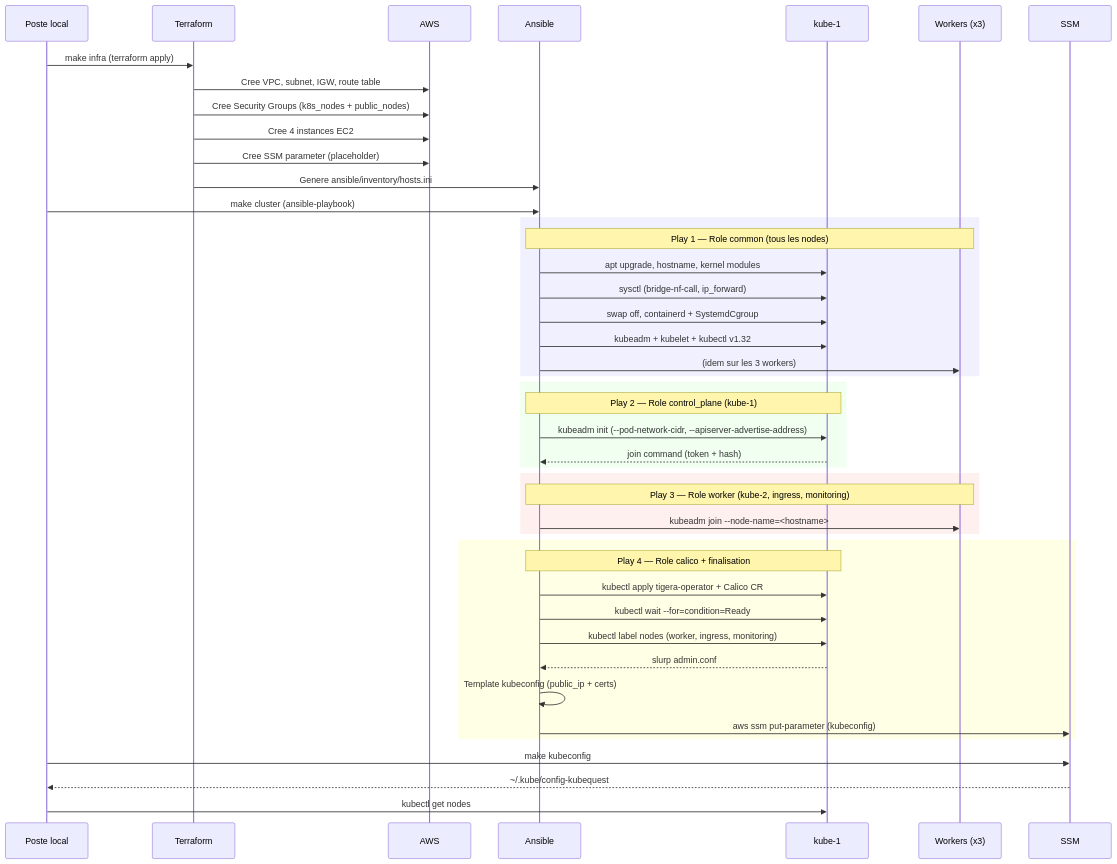
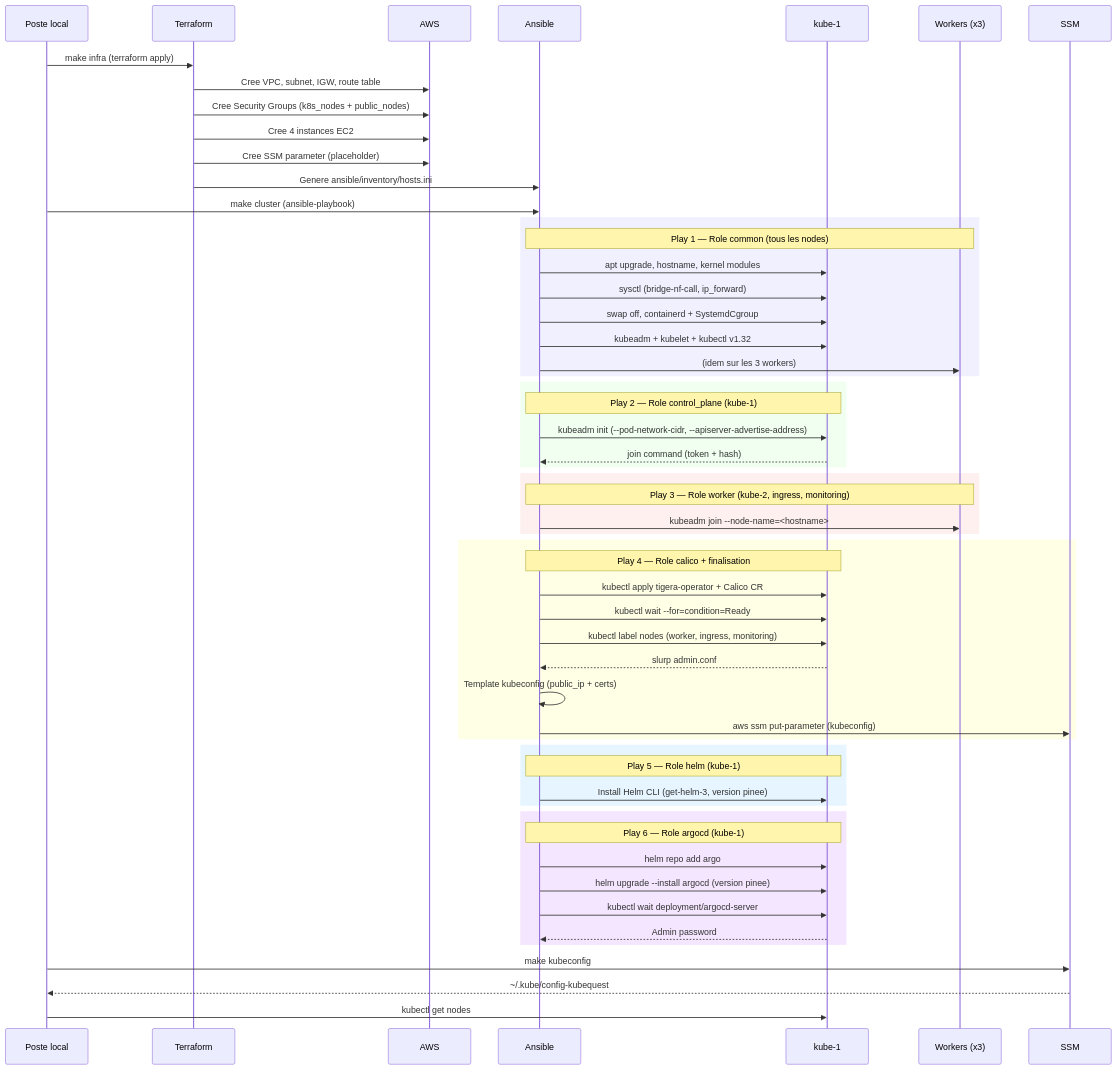
One commit to Glutenfree69/Cluster69 changed the second of 2 diagrams in README.md. Above: the diagram before and after it, drawn with Mermaid. The commit also changed other lines of this file and 8 other files, not shown here.

Commit message:
:bento: install helm & argocd with ansible banger :bento:~

````diff
--- a/README.md
+++ b/README.md
@@ -121,53 +125,66 @@
 ```mermaid
 sequenceDiagram
     participant Dev as Poste local
     participant TF as Terraform
     participant AWS as AWS
     participant AN as Ansible
     participant K1 as kube-1
     participant W as Workers (x3)
     participant SSM as SSM
 
     Dev->>TF: make infra (terraform apply)
     TF->>AWS: Cree VPC, subnet, IGW, route table
     TF->>AWS: Cree Security Groups (k8s_nodes + public_nodes)
     TF->>AWS: Cree 4 instances EC2
     TF->>AWS: Cree SSM parameter (placeholder)
     TF->>AN: Genere ansible/inventory/hosts.ini
 
     Dev->>AN: make cluster (ansible-playbook)
 
     rect rgb(240, 240, 255)
         Note over AN,W: Play 1 — Role common (tous les nodes)
         AN->>K1: apt upgrade, hostname, kernel modules
         AN->>K1: sysctl (bridge-nf-call, ip_forward)
         AN->>K1: swap off, containerd + SystemdCgroup
         AN->>K1: kubeadm + kubelet + kubectl v1.32
         AN->>W: (idem sur les 3 workers)
     end
 
     rect rgb(240, 255, 240)
         Note over AN,K1: Play 2 — Role control_plane (kube-1)
         AN->>K1: kubeadm init (--pod-network-cidr, --apiserver-advertise-address)
         K1-->>AN: join command (token + hash)
     end
 
     rect rgb(255, 240, 240)
         Note over AN,W: Play 3 — Role worker (kube-2, ingress, monitoring)
         AN->>W: kubeadm join --node-name=<hostname>
     end
 
     rect rgb(255, 255, 230)
         Note over AN,K1: Play 4 — Role calico + finalisation
         AN->>K1: kubectl apply tigera-operator + Calico CR
         AN->>K1: kubectl wait --for=condition=Ready
         AN->>K1: kubectl label nodes (worker, ingress, monitoring)
         K1-->>AN: slurp admin.conf
         AN->>AN: Template kubeconfig (public_ip + certs)
         AN->>SSM: aws ssm put-parameter (kubeconfig)
     end
 
+    rect rgb(230, 245, 255)
+        Note over AN,K1: Play 5 — Role helm (kube-1)
+        AN->>K1: Install Helm CLI (get-helm-3, version pinee)
+    end
+
+    rect rgb(245, 230, 255)
+        Note over AN,K1: Play 6 — Role argocd (kube-1)
+        AN->>K1: helm repo add argo
+        AN->>K1: helm upgrade --install argocd (version pinee)
+        AN->>K1: kubectl wait deployment/argocd-server
+        K1-->>AN: Admin password
+    end
+
     Dev->>SSM: make kubeconfig
     SSM-->>Dev: ~/.kube/config-kubequest
     Dev->>K1: kubectl get nodes
 ```
````
